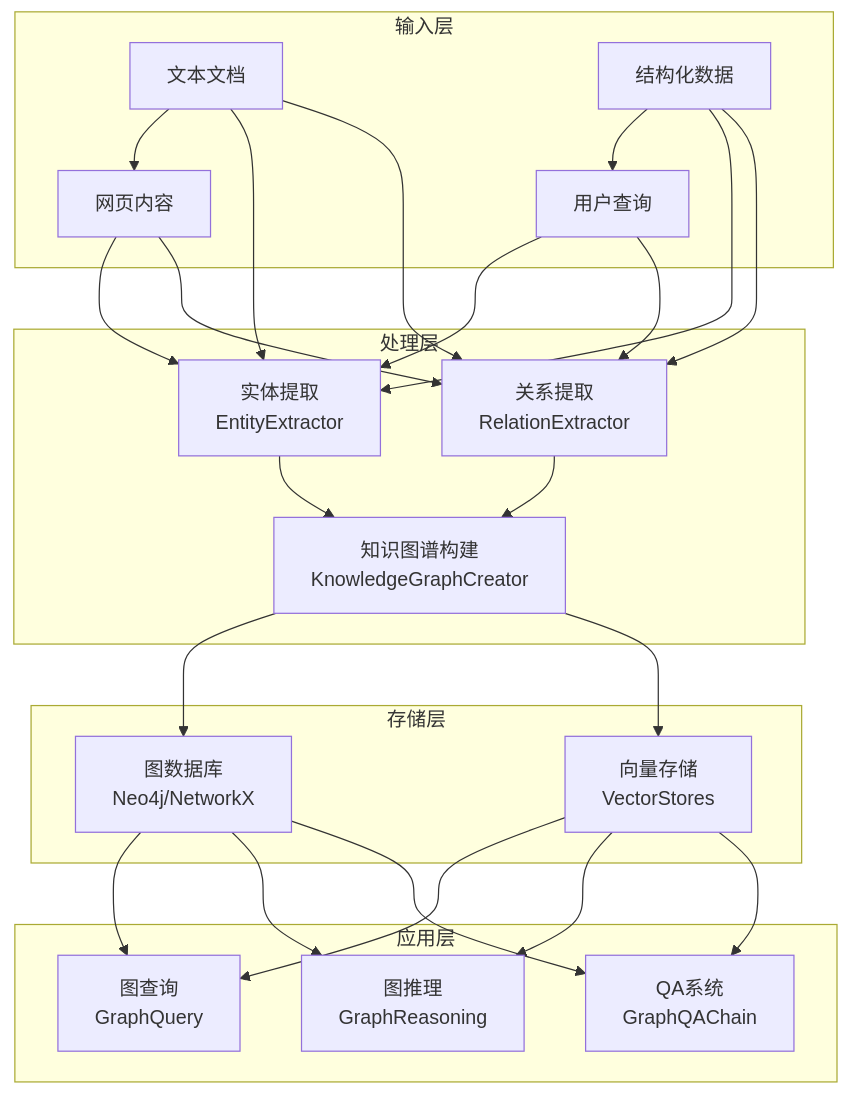
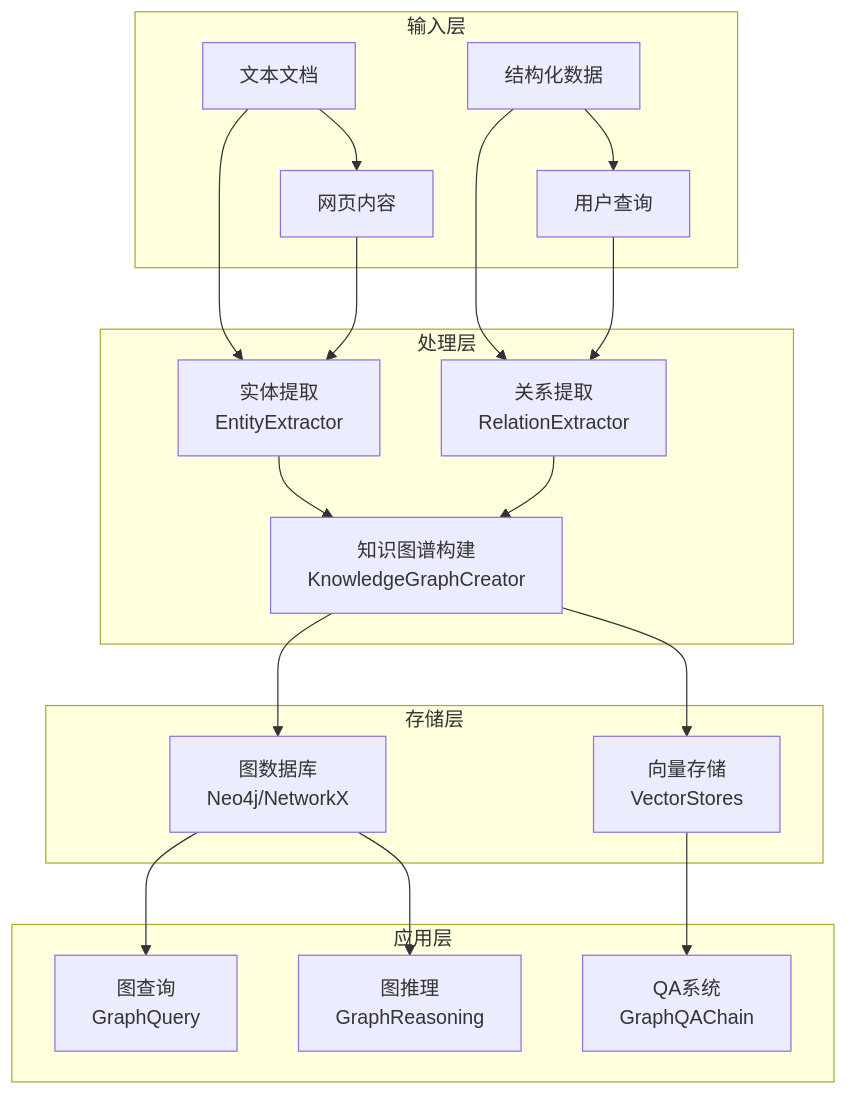
Before and after one commit to chicogong/chicogong.github.io: the second of 14 diagrams in _posts/2024-12-27-langchain-graph-knowledge-construction.md, drawn with Mermaid. The commit also changed other lines of this file and 14 other files, not shown here.

First line of the commit message:
🔧 修复所有Mermaid图表语法错误

````diff
--- a/_posts/2024-12-27-langchain-graph-knowledge-construction.md
+++ b/_posts/2024-12-27-langchain-graph-knowledge-construction.md
@@ -54,29 +54,36 @@
 ```mermaid
 flowchart TB
     subgraph "输入层"
-        A[文本文档] --> B[网页内容]
-        C[结构化数据] --> D[用户查询]
+        A["文本文档"] --> B["网页内容"]
+        C["结构化数据"] --> D["用户查询"]
     end
     
     subgraph "处理层"
-        E[实体提取<br>EntityExtractor]
-        F[关系提取<br>RelationExtractor]
-        G[知识图谱构建<br>KnowledgeGraphCreator]
+        E["实体提取<br>EntityExtractor"]
+        F["关系提取<br>RelationExtractor"]
+        G["知识图谱构建<br>KnowledgeGraphCreator"]
     end
     
     subgraph "存储层"
-        H[图数据库<br>Neo4j/NetworkX]
-        I[向量存储<br>VectorStores]
+        H["图数据库<br>Neo4j/NetworkX"]
+        I["向量存储<br>VectorStores"]
     end
     
     subgraph "应用层"
-        J[图查询<br>GraphQuery]
-        K[图推理<br>GraphReasoning]
-        L[QA系统<br>GraphQAChain]
+        J["图查询<br>GraphQuery"]
+        K["图推理<br>GraphReasoning"]
+        L["QA系统<br>GraphQAChain"]
     end
     
-    A & B & C & D --> E & F
-    E & F --> G
-    G --> H & I
-    H & I --> J & K & L
+    A --> E
+    B --> E
+    C --> F
+    D --> F
+    E --> G
+    F --> G
+    G --> H
+    G --> I
+    H --> J
+    H --> K
+    I --> L
 ```
````
